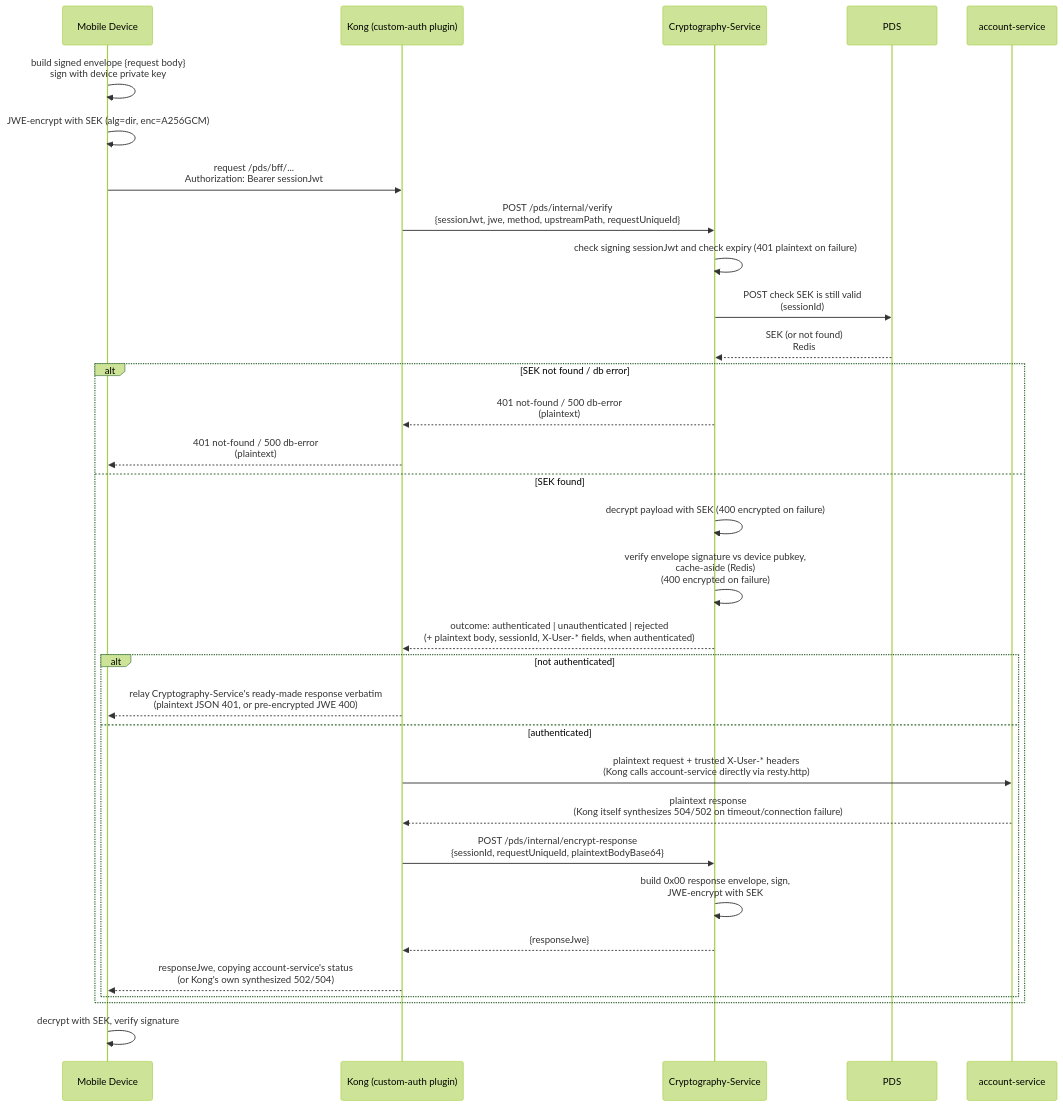
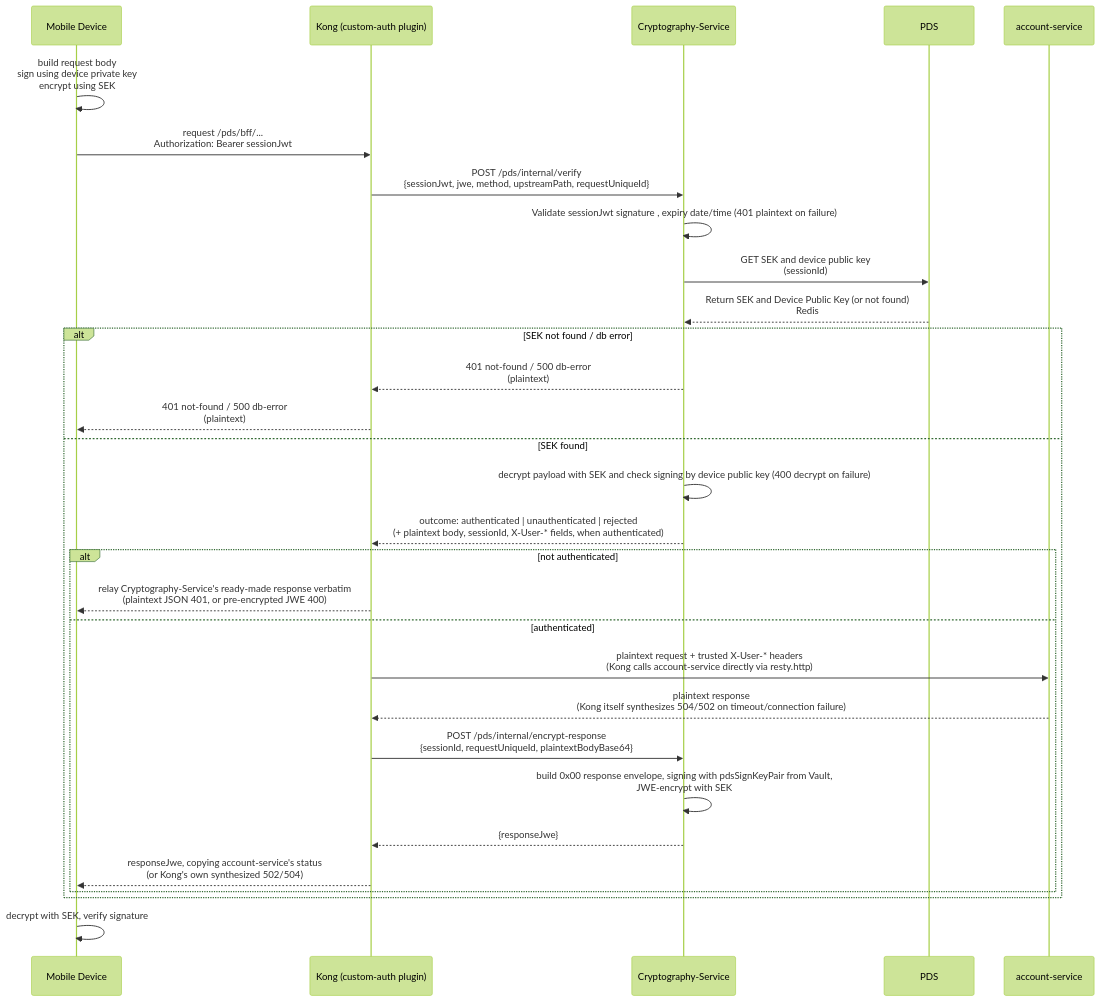
Before and after one commit to PinThapanawat/kong-custom-auth-poc: the second of 3 diagrams in docs/encryption-workflow.md, drawn with Mermaid (forest theme). The commit also changed other lines of this file, not shown here.

Commit message:
docs: update encryption workflow documentation with revised sequence diagrams and process descriptions

````diff
--- a/docs/encryption-workflow.md
+++ b/docs/encryption-workflow.md
@@ -79,39 +35,38 @@
 ```mermaid
 sequenceDiagram
     participant Device as Mobile Device
     participant Kong as Kong (custom-auth plugin)
     participant Crypto as Cryptography-Service
     participant PDS as PDS
     participant Account as account-service
 
-    Device->>Device: build signed envelope {request body}<br/>sign with device private key
-    Device->>Device: JWE-encrypt with SEK (alg=dir, enc=A256GCM)
+    Device->>Device: build request body <br/> sign using device private key <br/> encrypt using SEK 
     Device->>Kong: request /pds/bff/...<br/>Authorization: Bearer sessionJwt
 
     Kong->>Crypto: POST /pds/internal/verify<br/>{sessionJwt, jwe, method, upstreamPath, requestUniqueId}
-    Crypto->>Crypto: check signing sessionJwt and check expiry  (401 plaintext on failure)
-    Crypto->>PDS: POST check SEK is still valid<br/>(sessionId)
-    PDS-->>Crypto: SEK (or not found)<br/>Redis
+    Crypto->>Crypto: Validate sessionJwt signature , expiry date/time (401 plaintext on failure)
+    Crypto->>PDS:GET SEK and device public key<br/>(sessionId)
+    PDS-->>Crypto: Return SEK and Device Public Key (or not found)<br/>Redis
 
     alt SEK not found / db error
         Crypto-->>Kong: 401 not-found / 500 db-error<br/>(plaintext)
         Kong-->>Device: 401 not-found / 500 db-error<br/>(plaintext)
     else SEK found
-        Crypto->>Crypto: decrypt payload with SEK (400 encrypted on failure)
-        Crypto->>Crypto: verify envelope signature vs device pubkey,<br/>cache-aside (Redis)<br/>(400 encrypted on failure)
+        Crypto->>Crypto: decrypt payload with SEK and check signing by device public key (400 decrypt on failure)
+
         Crypto-->>Kong: outcome: authenticated | unauthenticated | rejected<br/>(+ plaintext body, sessionId, X-User-* fields, when authenticated)
 
         alt not authenticated
             Kong-->>Device: relay Cryptography-Service's ready-made response verbatim<br/>(plaintext JSON 401, or pre-encrypted JWE 400)
         else authenticated
             Kong->>Account: plaintext request + trusted X-User-* headers<br/>(Kong calls account-service directly via resty.http)
             Account-->>Kong: plaintext response<br/>(Kong itself synthesizes 504/502 on timeout/connection failure)
             Kong->>Crypto: POST /pds/internal/encrypt-response<br/>{sessionId, requestUniqueId, plaintextBodyBase64}
-            Crypto->>Crypto: build 0x00 response envelope, sign,<br/>JWE-encrypt with SEK
+            Crypto->>Crypto: build 0x00 response envelope, signing with pdsSignKeyPair from Vault,<br/>JWE-encrypt with SEK
             Crypto-->>Kong: {responseJwe}
             Kong-->>Device: responseJwe, copying account-service's status<br/>(or Kong's own synthesized 502/504)
         end
     end
 
     Device->>Device: decrypt with SEK, verify signature
 ```
````
